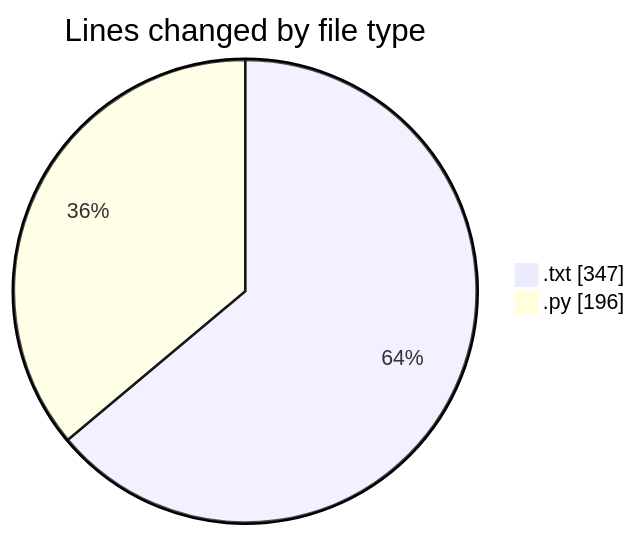
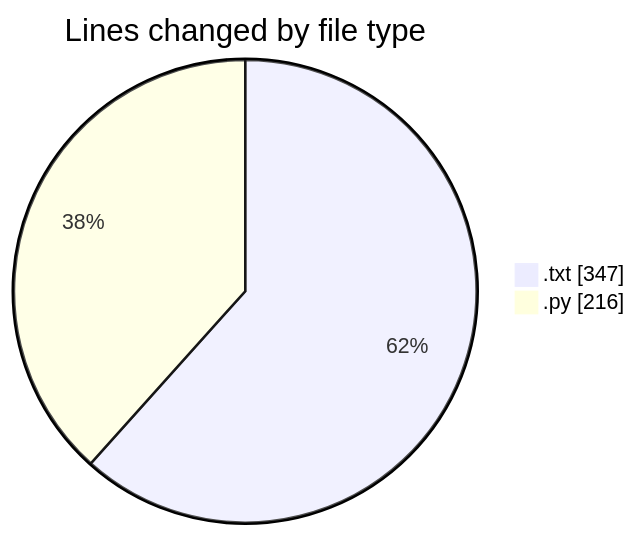
Before and after one commit to lephambinh05/code-tracking: the first of 2 diagrams in 2025-09-10/data/README.md, drawn with Mermaid. The commit also changed other lines of this file and 1 other file, not shown here.

````diff
--- a/2025-09-10/data/README.md
+++ b/2025-09-10/data/README.md
@@ -22,6 +22,6 @@
 ```mermaid
 pie showData
 title Lines changed by file type
 ".txt" : 347
-".py" : 196
+".py" : 216
 ```
````
